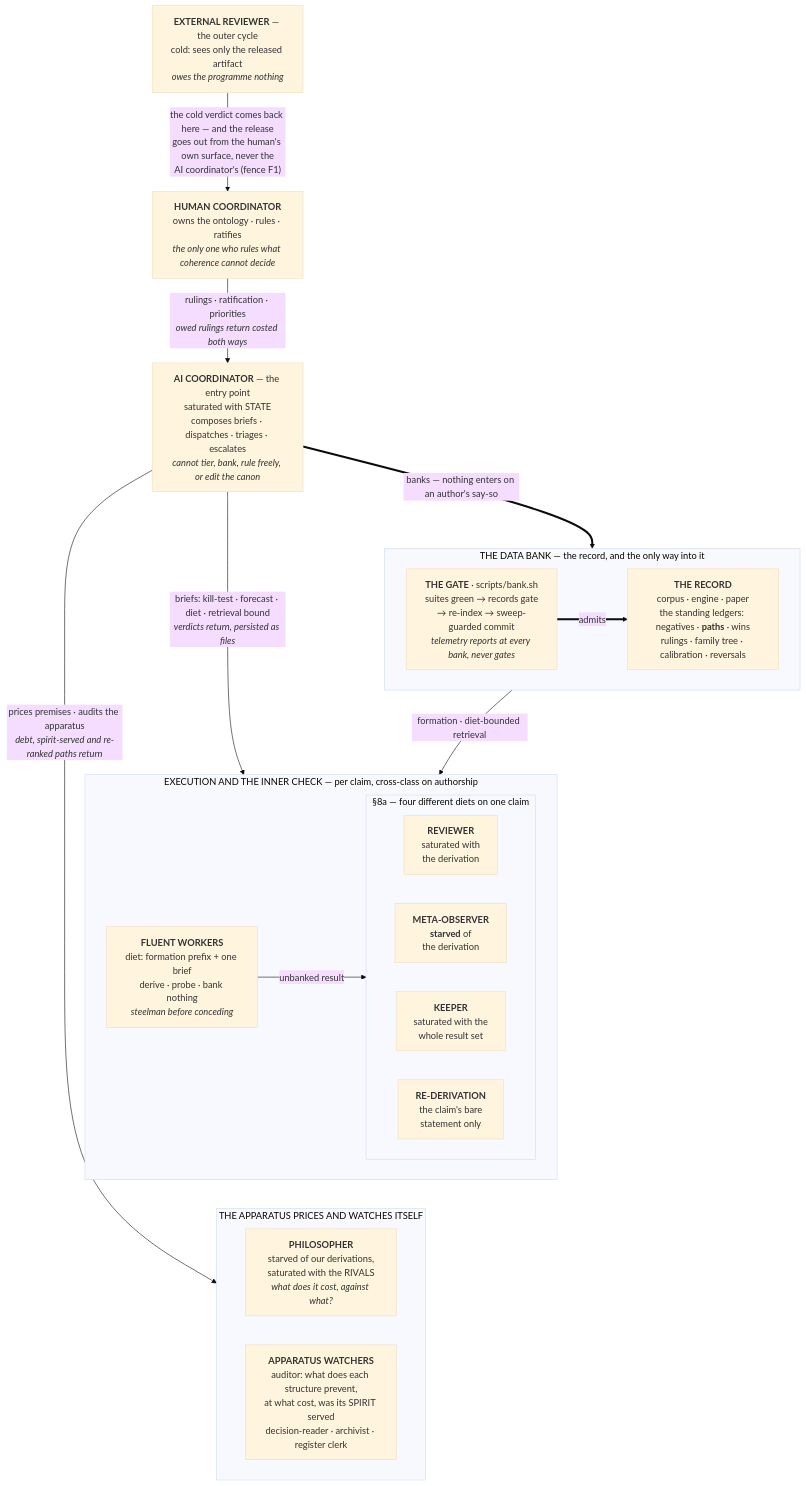
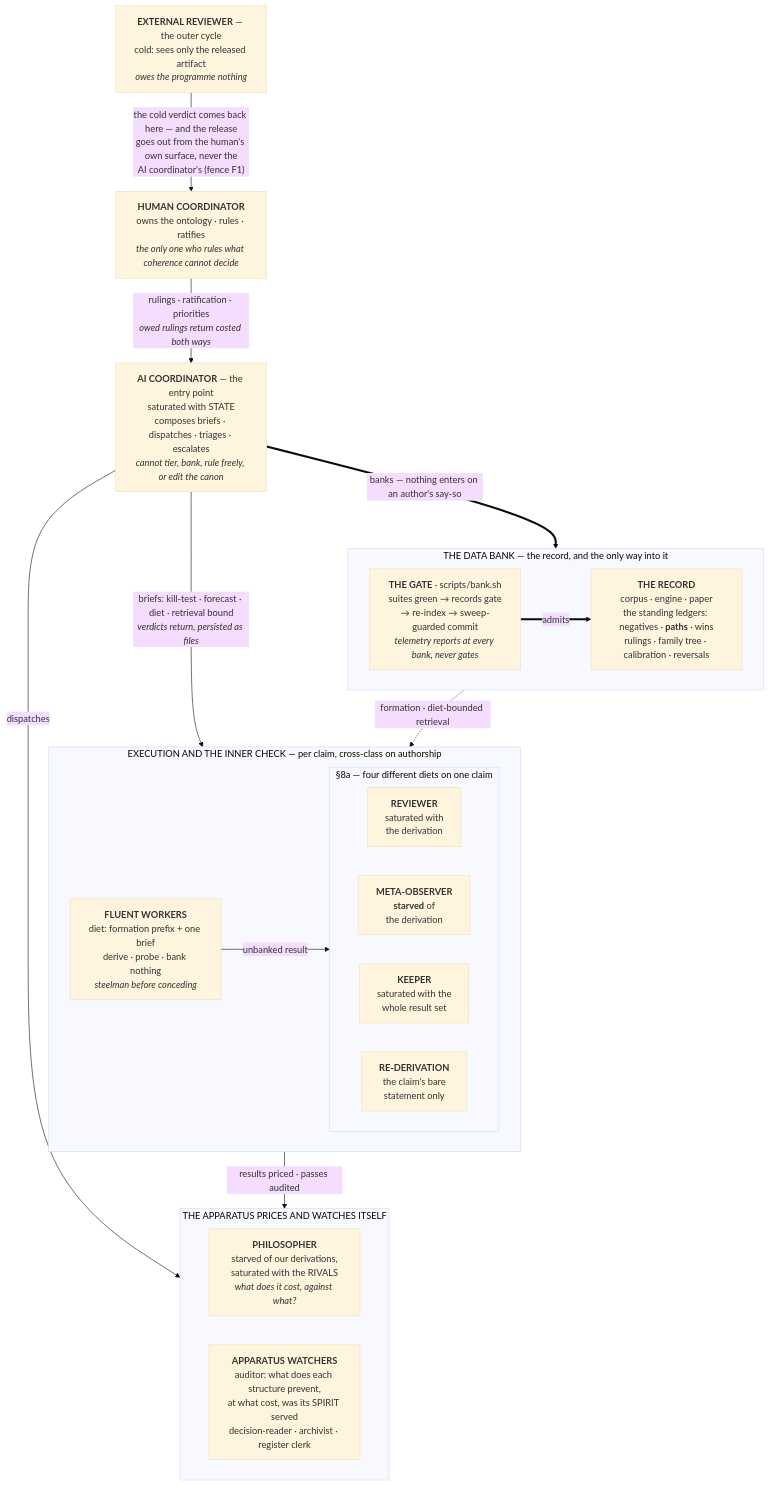
Before and after one commit to yaerhf/research-ratchet: the diagram in README.md, drawn with Mermaid (base theme).

````diff
--- a/README.md
+++ b/README.md
@@ -15,44 +15,49 @@
 ```mermaid
 flowchart TB
     XR["<b>EXTERNAL REVIEWER</b> — the outer cycle<br/>cold: sees only the released artifact<br/><i>owes the programme nothing</i>"]
     HC["<b>HUMAN COORDINATOR</b><br/>owns the ontology · rules · ratifies<br/><i>the only one who rules what coherence cannot decide</i>"]
     AC["<b>AI COORDINATOR</b> — the entry point<br/>saturated with STATE<br/>composes briefs · dispatches · triages · escalates<br/><i>cannot tier, bank, rule freely, or edit the canon</i>"]
 
     subgraph EXEC ["EXECUTION AND THE INNER CHECK — per claim, cross-class on authorship"]
         direction LR
         W["<b>FLUENT WORKERS</b><br/>diet: formation prefix + one brief<br/>derive · probe · bank nothing<br/><i>steelman before conceding</i>"]
         subgraph INNER ["§8a — four different diets on one claim"]
             direction LR
             RV["<b>REVIEWER</b><br/>saturated with<br/>the derivation"]
             MO["<b>META-OBSERVER</b><br/><b>starved</b> of<br/>the derivation"]
             KP["<b>KEEPER</b><br/>saturated with the<br/>whole result set"]
             RD["<b>RE-DERIVATION</b><br/>the claim's bare<br/>statement only"]
         end
         W -->|"unbanked result"| INNER
     end
 
     subgraph META ["THE APPARATUS PRICES AND WATCHES ITSELF"]
         direction LR
         PH["<b>PHILOSOPHER</b><br/>starved of our derivations,<br/>saturated with the RIVALS<br/><i>what does it cost, against what?</i>"]
         AUD["<b>APPARATUS WATCHERS</b><br/>auditor: what does each structure prevent,<br/>at what cost, was its SPIRIT served<br/>decision-reader · archivist · register clerk"]
     end
 
     subgraph BANK ["THE DATA BANK — the record, and the only way into it"]
         direction LR
         GATE["<b>THE GATE</b> · scripts/bank.sh<br/>suites green → records gate<br/>→ re-index → sweep-guarded commit<br/><i>telemetry reports at every bank, never gates</i>"]
         REC["<b>THE RECORD</b><br/>corpus · engine · paper<br/>the standing ledgers: negatives · <b>paths</b> · wins<br/>rulings · family tree · calibration · reversals"]
         GATE ==>|"admits"| REC
     end
 
     XR -->|"the cold verdict comes back here — and the release<br/>goes out from the human's own surface, never the<br/>AI coordinator's (fence F1)"| HC
     HC -->|"rulings · ratification · priorities<br/><i>owed rulings return costed both ways</i>"| AC
     AC -->|"briefs: kill-test · forecast · diet · retrieval bound<br/><i>verdicts return, persisted as files</i>"| EXEC
-    AC -->|"prices premises · audits the apparatus<br/><i>debt, spirit-served and re-ranked paths return</i>"| META
+    AC -->|"dispatches"| META
+    EXEC -->|"results priced · passes audited"| META
     AC ==>|"banks — nothing enters on an author's say-so"| BANK
-    REC -->|"formation · diet-bounded retrieval"| EXEC
+    REC -.->|"formation · diet-bounded retrieval"| EXEC
 
-    %% Layout only — invisible links that pin the vertical order. Mermaid ranks by
-    %% longest path, so without these the self-watching roles float to the top.
-    EXEC ~~~ META
+    %% Layout only. Mermaid ranks by LONGEST PATH, so the record's feed back up to the
+    %% workers would otherwise sink the execution row to the bottom of the drawing — which
+    %% is exactly what the first render did. Making it the one edge that CLOSES a cycle
+    %% (EXEC -> META -> BANK -> REC -> EXEC) marks it as the feedback edge instead, and the
+    %% invisible link supplies the order no truthful edge could: neither the philosopher nor
+    %% the auditor clears a bank, so drawing one there would put a gate in the picture that
+    %% does not exist in the apparatus.
     META ~~~ BANK
 ```
````
